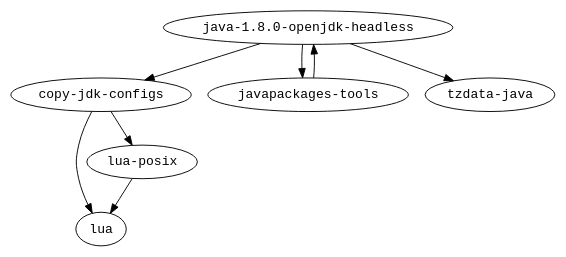
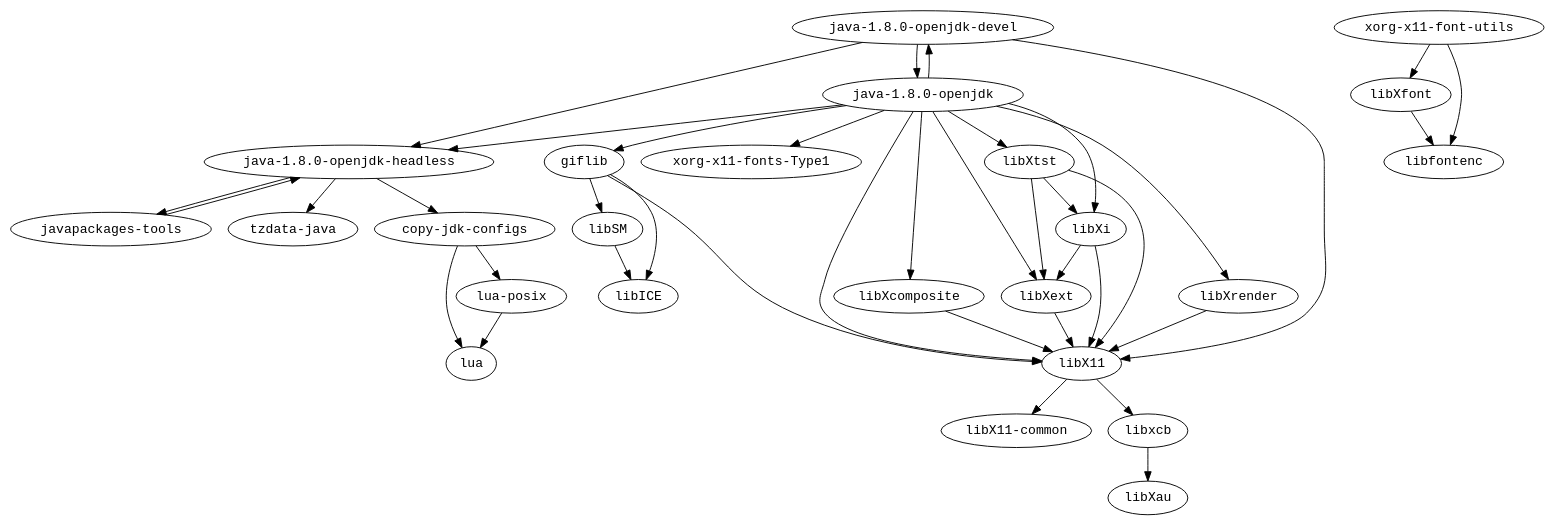
One commit to fedora-modularity/dependency-report changed the diagram in modules/java/aarch64/graph.dot. Above: the diagram before and after it, drawn with Graphviz. The commit also changed 6300 other files, not shown here.

```diff
--- a/modules/java/aarch64/graph.dot
+++ b/modules/java/aarch64/graph.dot
@@ -1,10 +1,41 @@
 strict digraph G {
 node [fontname=monospace];
   "copy-jdk-configs" -> "lua";
   "copy-jdk-configs" -> "lua-posix";
+  "giflib" -> "libICE";
+  "giflib" -> "libSM";
+  "giflib" -> "libX11";
+  "java-1.8.0-openjdk-devel" -> "java-1.8.0-openjdk";
+  "java-1.8.0-openjdk-devel" -> "java-1.8.0-openjdk-headless";
+  "java-1.8.0-openjdk-devel" -> "libX11";
+  "java-1.8.0-openjdk" -> "giflib";
   "java-1.8.0-openjdk-headless" -> "copy-jdk-configs";
   "java-1.8.0-openjdk-headless" -> "javapackages-tools";
   "java-1.8.0-openjdk-headless" -> "tzdata-java";
+  "java-1.8.0-openjdk" -> "java-1.8.0-openjdk-devel";
+  "java-1.8.0-openjdk" -> "java-1.8.0-openjdk-headless";
+  "java-1.8.0-openjdk" -> "libX11";
+  "java-1.8.0-openjdk" -> "libXcomposite";
+  "java-1.8.0-openjdk" -> "libXext";
+  "java-1.8.0-openjdk" -> "libXi";
+  "java-1.8.0-openjdk" -> "libXrender";
+  "java-1.8.0-openjdk" -> "libXtst";
+  "java-1.8.0-openjdk" -> "xorg-x11-fonts-Type1";
   "javapackages-tools" -> "java-1.8.0-openjdk-headless";
+  "libSM" -> "libICE";
+  "libX11" -> "libX11-common";
+  "libX11" -> "libxcb";
+  "libxcb" -> "libXau";
+  "libXcomposite" -> "libX11";
+  "libXext" -> "libX11";
+  "libXfont" -> "libfontenc";
+  "libXi" -> "libX11";
+  "libXi" -> "libXext";
+  "libXrender" -> "libX11";
+  "libXtst" -> "libX11";
+  "libXtst" -> "libXext";
+  "libXtst" -> "libXi";
   "lua-posix" -> "lua";
+  "xorg-x11-font-utils" -> "libfontenc";
+  "xorg-x11-font-utils" -> "libXfont";
 }
```
